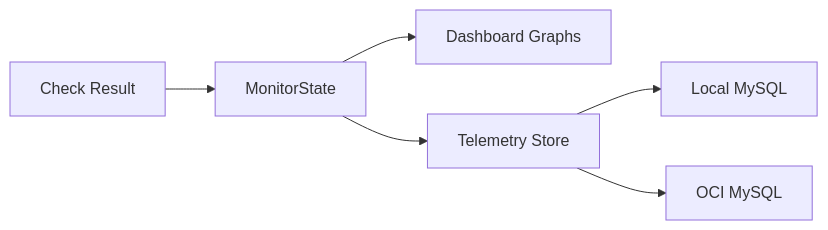
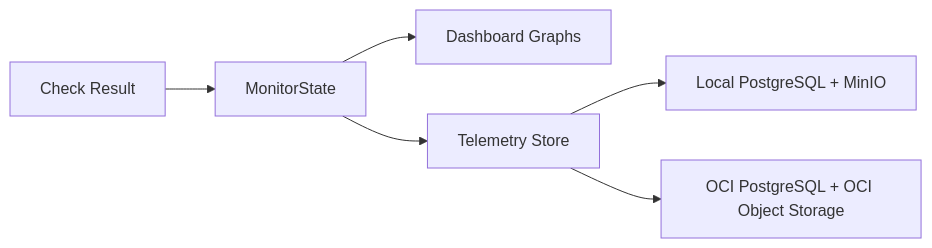
The third of 3 diagrams in README.md (CoreyW-git/async-service-monitor), drawn with Mermaid before and after one commit. The commit also changed other lines of this file and 19 other files, not shown here.

````diff
--- a/README.md
+++ b/README.md
@@ -48,8 +48,8 @@
 ```mermaid
 flowchart LR
     A["Check Result"] --> B["MonitorState"]
     B --> C["Dashboard Graphs"]
     B --> D["Telemetry Store"]
-    D --> E["Local MySQL"]
-    D --> F["OCI MySQL"]
+    D --> E["Local PostgreSQL + MinIO"]
+    D --> F["OCI PostgreSQL + OCI Object Storage"]
 ```
````
